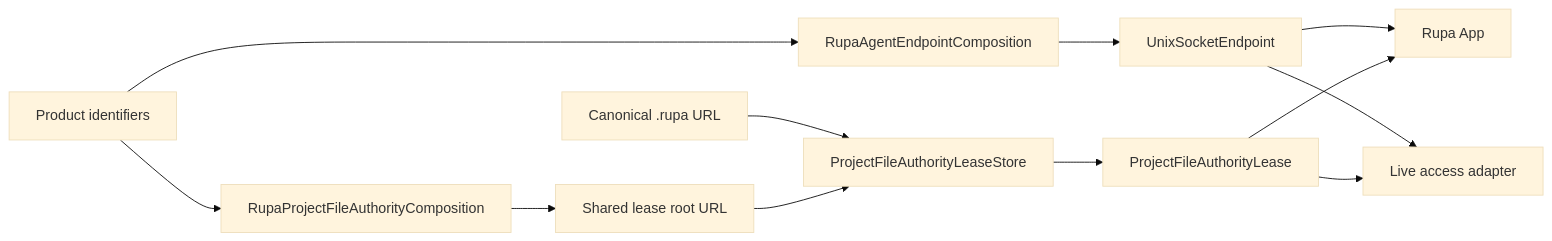
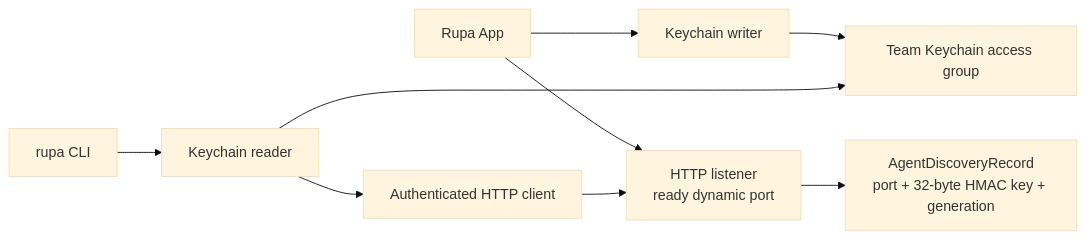
The first of 2 diagrams in RupaKit/Sources/RupaProjectAccessPlatform/DESIGN.md (1amageek/Rupa), drawn with Mermaid (base theme) before and after one commit. The commit also changed other lines of this file and 133 other files, not shown here.

Commit message:
Route external access through the Rupa API

````diff
--- a/RupaKit/Sources/RupaProjectAccessPlatform/DESIGN.md
+++ b/RupaKit/Sources/RupaProjectAccessPlatform/DESIGN.md
@@ -45,14 +42,11 @@
 ```mermaid
 flowchart LR
-    Product["Product identifiers"] --> Endpoint["RupaAgentEndpointComposition"]
-    Endpoint --> SocketValue["UnixSocketEndpoint"]
-    Product --> AuthorityPlacement["RupaProjectFileAuthorityComposition"]
-    AuthorityPlacement --> AuthorityRoot["Shared lease root URL"]
-    ProjectURL["Canonical .rupa URL"] --> LeaseStore["ProjectFileAuthorityLeaseStore"]
-    AuthorityRoot --> LeaseStore
-    LeaseStore --> Lease["ProjectFileAuthorityLease"]
-    SocketValue --> App["Rupa App"]
-    SocketValue --> Access["Live access adapter"]
-    Lease --> App
-    Lease --> Access
+    App["Rupa App"] --> Listener["HTTP listener\nready dynamic port"]
+    Listener --> Record["AgentDiscoveryRecord\nport + 32-byte HMAC key + generation"]
+    App --> Writer["Keychain writer"]
+    Writer --> Store["Team Keychain access group"]
+    CLI["rupa CLI"] --> Reader["Keychain reader"]
+    Reader --> Store
+    Reader --> Client["Authenticated HTTP client"]
+    Client --> Listener
 ```
````
